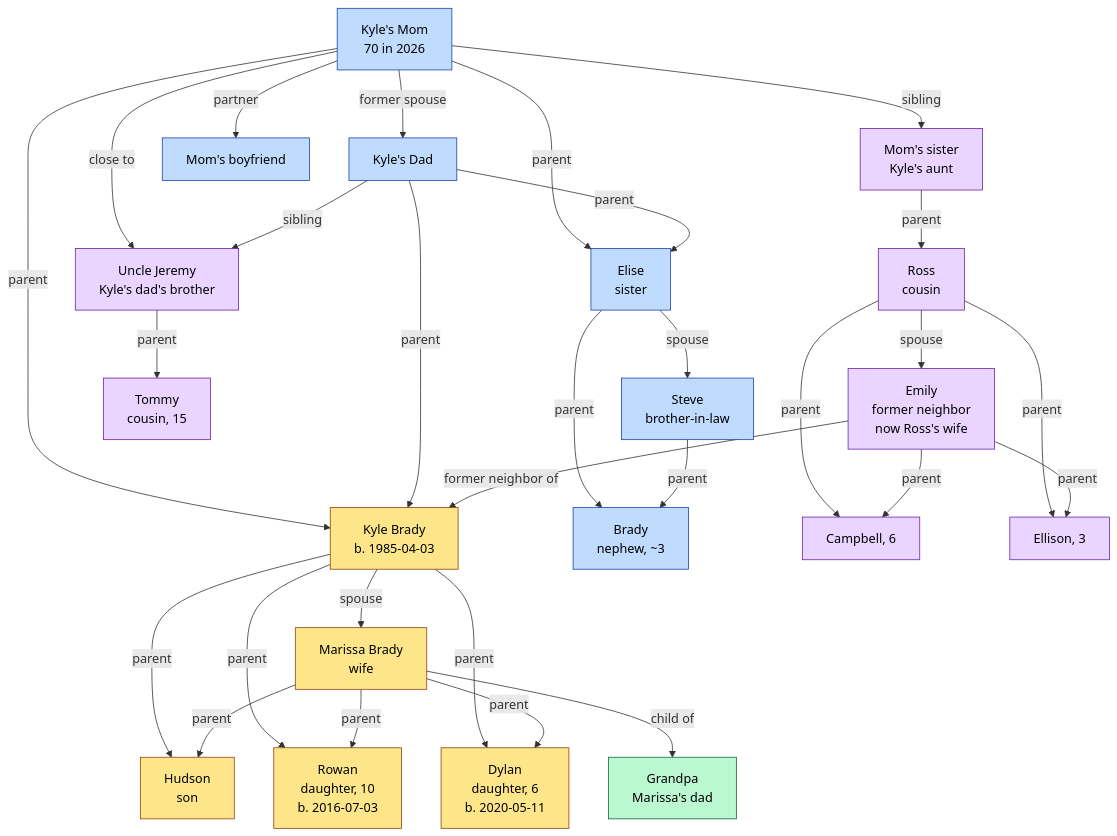
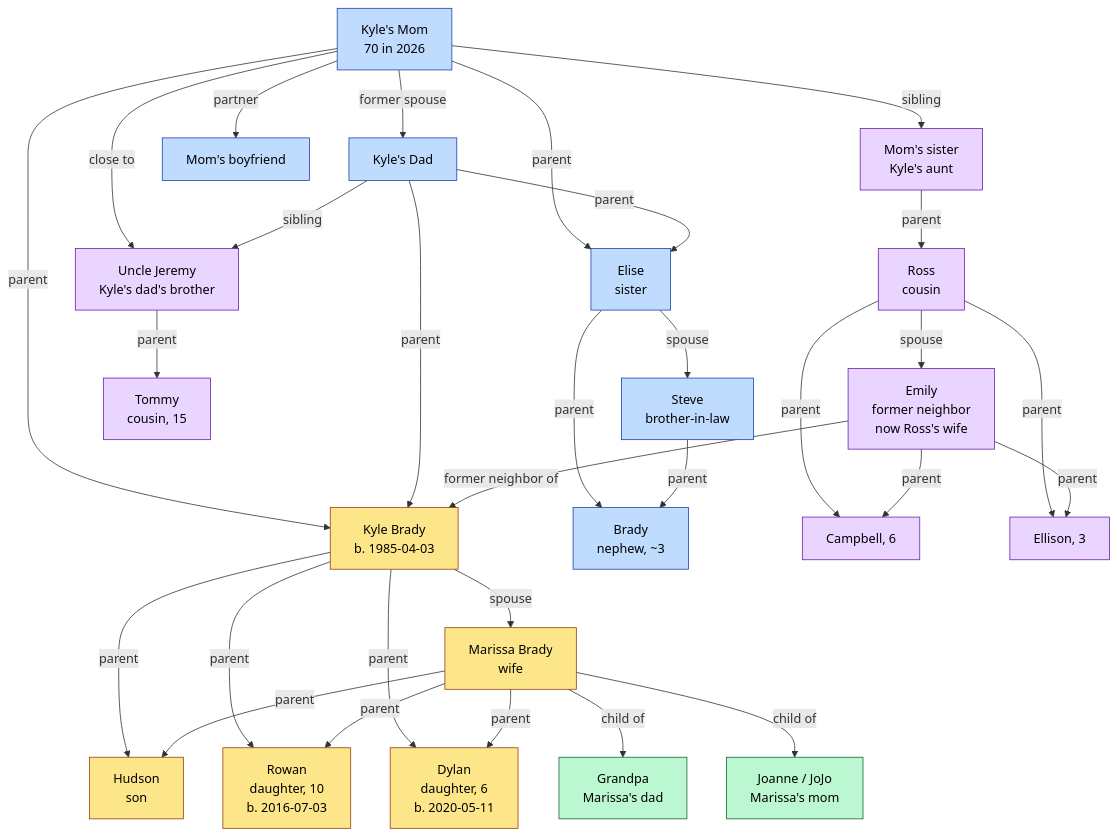
Before and after one commit to stitchbradyomf-lab/kaihamil: the diagram in memory/people/graph.md, drawn with Mermaid. The commit also changed other lines of this file and 3 other files, not shown here.

````diff
--- a/memory/people/graph.md
+++ b/memory/people/graph.md
@@ -7,72 +7,74 @@
 ```mermaid
 graph TD
   KYLE[Kyle Brady<br/>b. 1985-04-03]
   MARISSA[Marissa Brady<br/>wife]
   HUDSON[Hudson<br/>son]
   ROWAN[Rowan<br/>daughter, 10<br/>b. 2016-07-03]
   DYLAN[Dylan<br/>daughter, 6<br/>b. 2020-05-11]
 
   MOM[Kyle's Mom<br/>70 in 2026]
   DAD[Kyle's Dad]
   ELISE[Elise<br/>sister]
   STEVE[Steve<br/>brother-in-law]
   BRADY_N[Brady<br/>nephew, ~3]
 
   GRANDPA_M[Grandpa<br/>Marissa's dad]
+  JOJO[Joanne / JoJo<br/>Marissa's mom]
 
   UNCLE_J[Uncle Jeremy<br/>Kyle's dad's brother]
   TOMMY[Tommy<br/>cousin, 15]
 
   AUNT_M[Mom's sister<br/>Kyle's aunt]
   ROSS[Ross<br/>cousin]
   EMILY[Emily<br/>former neighbor<br/>now Ross's wife]
   CAMPBELL[Campbell, 6]
   ELLISON[Ellison, 3]
 
   MOM_BF[Mom's boyfriend]
 
   KYLE -- spouse --> MARISSA
   KYLE -- parent --> HUDSON
   KYLE -- parent --> ROWAN
   KYLE -- parent --> DYLAN
 
   MARISSA -- parent --> HUDSON
   MARISSA -- parent --> ROWAN
   MARISSA -- parent --> DYLAN
   MARISSA -- child of --> GRANDPA_M
+  MARISSA -- child of --> JOJO
 
   MOM -- parent --> KYLE
   MOM -- parent --> ELISE
   MOM -- former spouse --> DAD
   MOM -- close to --> UNCLE_J
   MOM -- partner --> MOM_BF
   MOM -- sibling --> AUNT_M
 
   DAD -- parent --> KYLE
   DAD -- parent --> ELISE
   DAD -- sibling --> UNCLE_J
 
   ELISE -- spouse --> STEVE
   ELISE -- parent --> BRADY_N
   STEVE -- parent --> BRADY_N
 
   UNCLE_J -- parent --> TOMMY
 
   AUNT_M -- parent --> ROSS
   ROSS -- spouse --> EMILY
   ROSS -- parent --> CAMPBELL
   ROSS -- parent --> ELLISON
   EMILY -- parent --> CAMPBELL
   EMILY -- parent --> ELLISON
   EMILY -- former neighbor of --> KYLE
 
   classDef immediate fill:#fde68a,stroke:#92400e,color:#000
   classDef kyleside fill:#bfdbfe,stroke:#1e40af,color:#000
   classDef marissaside fill:#bbf7d0,stroke:#166534,color:#000
   classDef extended fill:#e9d5ff,stroke:#6b21a8,color:#000
 
   class KYLE,MARISSA,HUDSON,ROWAN,DYLAN immediate
   class MOM,DAD,ELISE,STEVE,BRADY_N,MOM_BF kyleside
-  class GRANDPA_M marissaside
+  class GRANDPA_M,JOJO marissaside
   class UNCLE_J,TOMMY,AUNT_M,ROSS,EMILY,CAMPBELL,ELLISON extended
 ```
````
